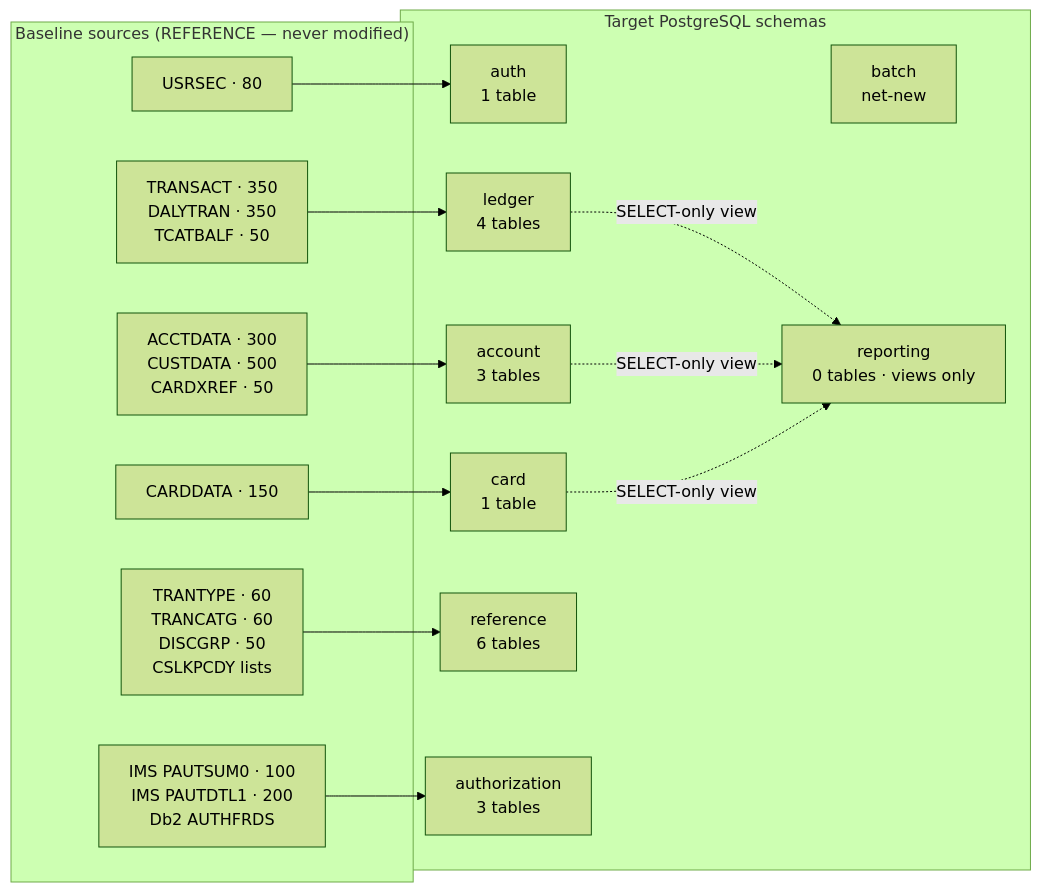
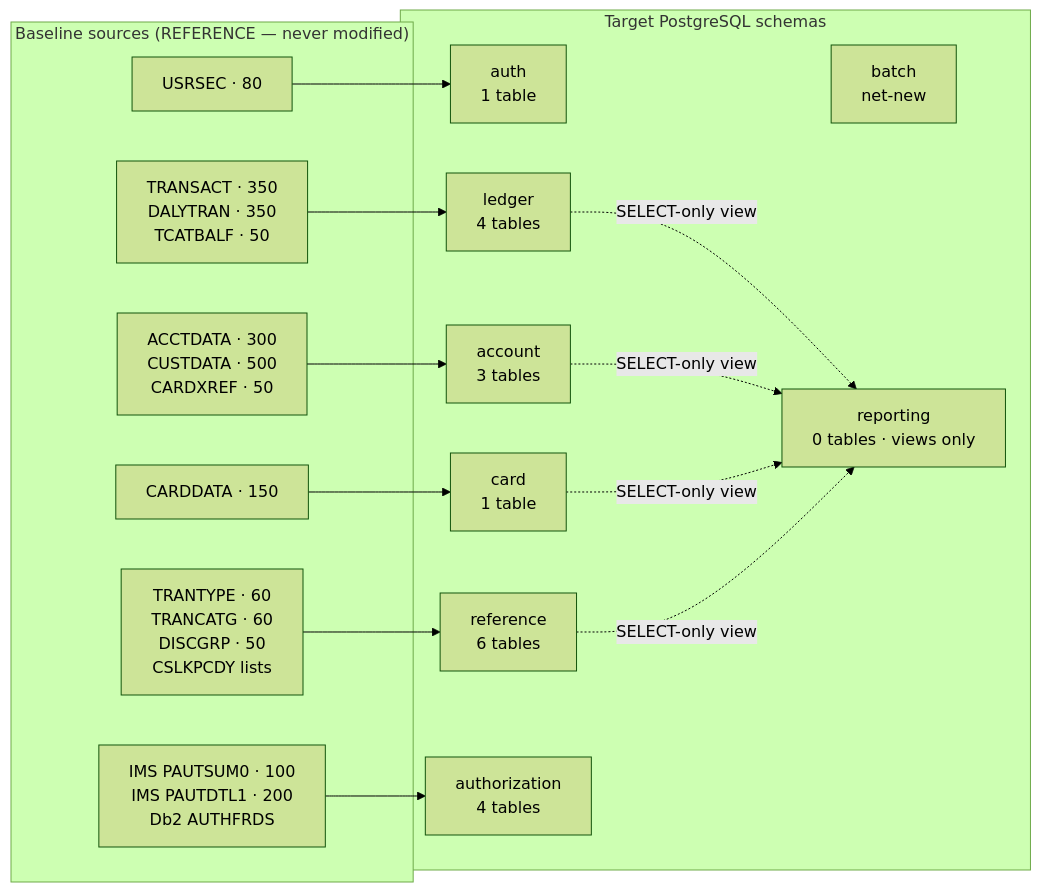
Before and after one commit to Blitzy-LocalStack/aws-mainframe-modernization-carddemo: the second of 2 diagrams in docs/architecture/data-model-and-schema-mapping.md, drawn with Mermaid (forest theme). The commit also changed other lines of this file and 109 other files, not shown here.

````diff
--- a/docs/architecture/data-model-and-schema-mapping.md
+++ b/docs/architecture/data-model-and-schema-mapping.md
@@ -885,33 +908,36 @@
 ```mermaid
 graph LR
     subgraph SRC["Baseline sources (REFERENCE — never modified)"]
         V1["USRSEC · 80"]
         V2["ACCTDATA · 300<br/>CUSTDATA · 500<br/>CARDXREF · 50"]
         V3["CARDDATA · 150"]
         V4["TRANSACT · 350<br/>DALYTRAN · 350<br/>TCATBALF · 50"]
         V5["TRANTYPE · 60<br/>TRANCATG · 60<br/>DISCGRP · 50<br/>CSLKPCDY lists"]
         I1["IMS PAUTSUM0 · 100<br/>IMS PAUTDTL1 · 200<br/>Db2 AUTHFRDS"]
     end
 
     subgraph TGT["Target PostgreSQL schemas"]
         S1["auth<br/>1 table"]
         S2["account<br/>3 tables"]
         S3["card<br/>1 table"]
         S4["ledger<br/>4 tables"]
         S5["reference<br/>6 tables"]
         S6["batch<br/>net-new"]
-        S7["authorization<br/>3 tables"]
+        S7["authorization<br/>4 tables"]
         S8["reporting<br/>0 tables · views only"]
     end
 
     V1 --> S1
     V2 --> S2
     V3 --> S3
     V4 --> S4
     V5 --> S5
     I1 --> S7
     S4 -.->|"SELECT-only view"| S8
     S2 -.->|"SELECT-only view"| S8
     S3 -.->|"SELECT-only view"| S8
-%% batch has no baseline source; reporting owns nothing and only reads
+    S5 -.->|"SELECT-only view"| S8
+%% batch has no baseline source; reporting owns a schema but no table, and only reads
+%% All four SELECT-only edges match V0__schemas_and_roles.sql section 5: ledger,
+%% account, card and reference
 ```
````
